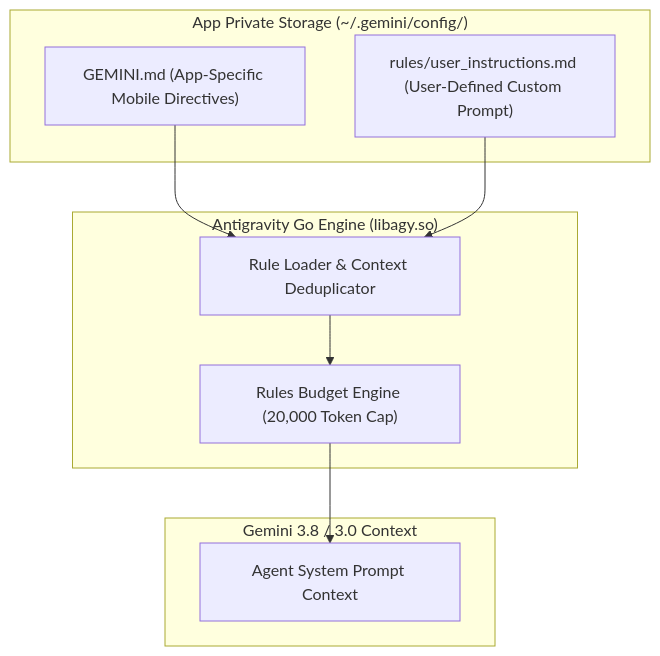
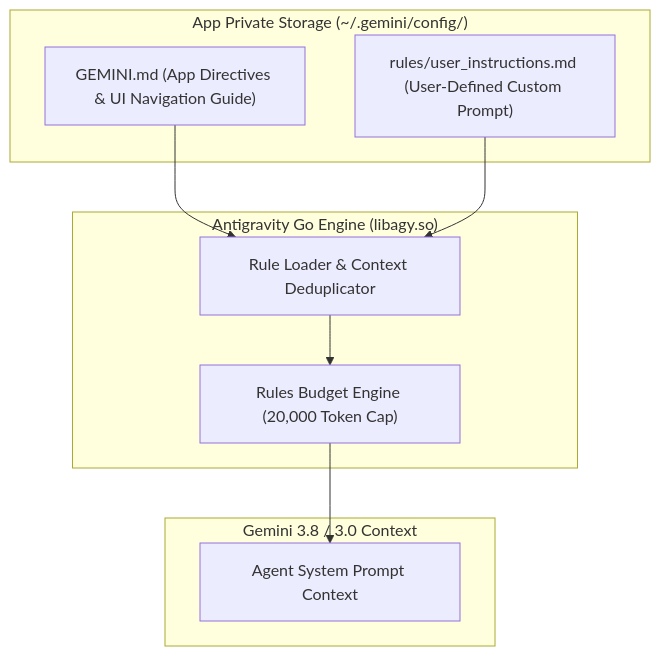
The diagram in specs/1.1.0/01-system-prompts.md (MisterMoeGreen/Antigravity-Studio-App), drawn with Mermaid before and after one commit. The commit also changed other lines of this file and 3 other files, not shown here.

````diff
--- a/specs/1.1.0/01-system-prompts.md
+++ b/specs/1.1.0/01-system-prompts.md
@@ -21,21 +24,21 @@
 ```mermaid
 flowchart TD
     subgraph Storage ["App Private Storage (~/.gemini/config/)"]
-        AppRule["GEMINI.md (App-Specific Mobile Directives)"]
+        AppRule["GEMINI.md (App Directives & UI Navigation Guide)"]
         UserRule["rules/user_instructions.md (User-Defined Custom Prompt)"]
     end
 
     subgraph Engine ["Antigravity Go Engine (libagy.so)"]
         RuleLoader["Rule Loader & Context Deduplicator"]
         BudgetMgr["Rules Budget Engine (20,000 Token Cap)"]
     end
 
     subgraph LLM ["Gemini 3.8 / 3.0 Context"]
         PromptContext["Agent System Prompt Context"]
     end
 
     AppRule --> RuleLoader
     UserRule --> RuleLoader
     RuleLoader --> BudgetMgr
     BudgetMgr --> PromptContext
 ```
````
